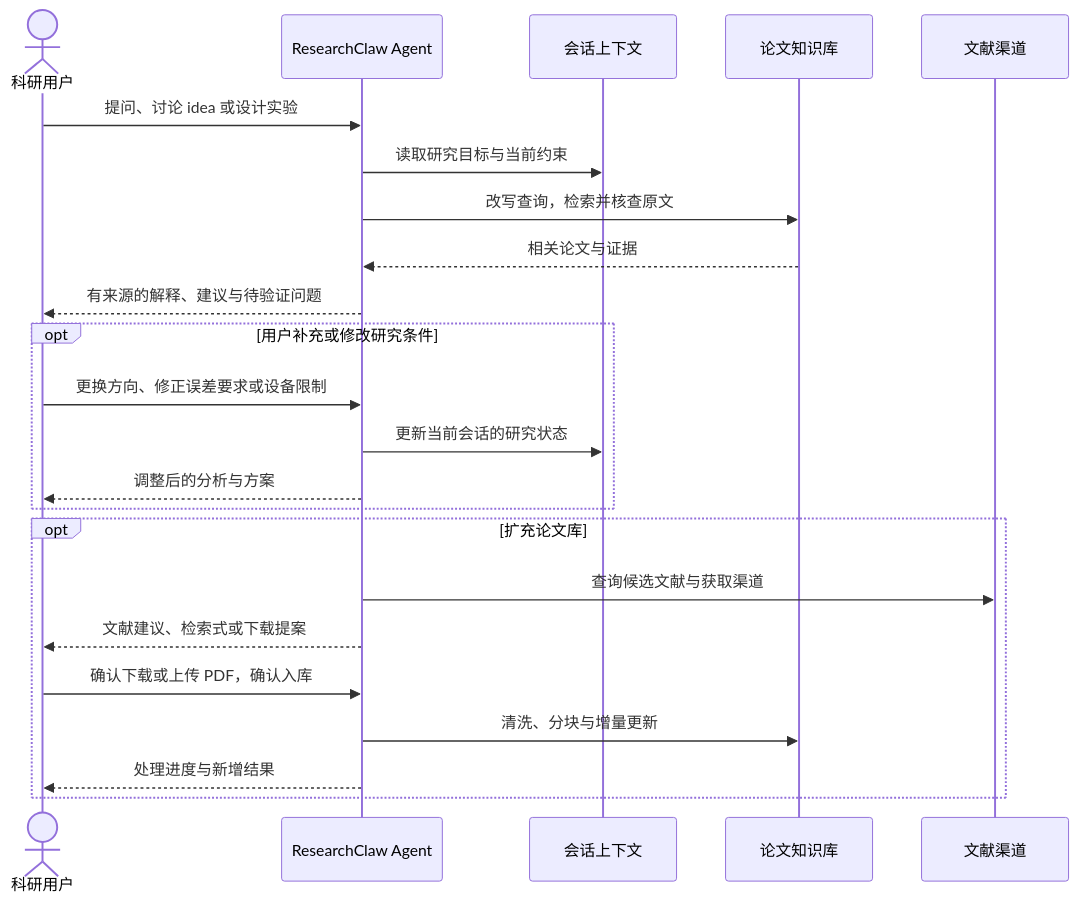
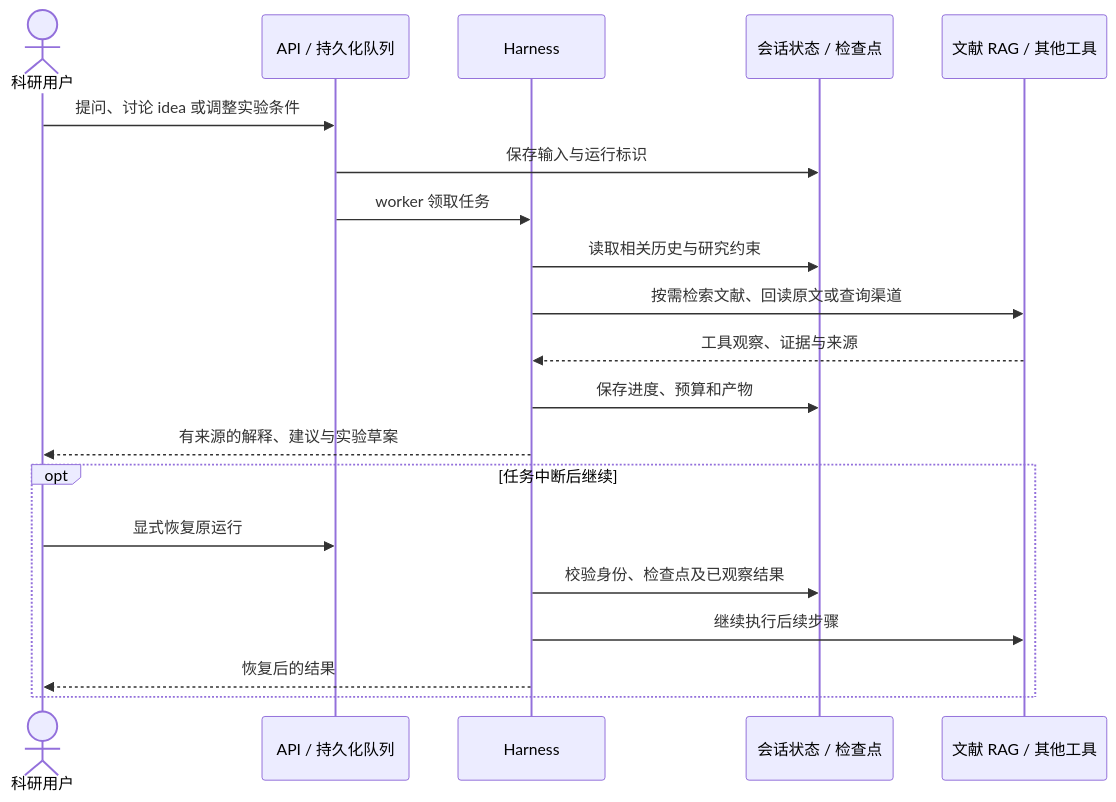
Before and after one commit to eternal-yangtze/research_claw: the second of 2 diagrams in README.md, drawn with Mermaid. The commit also changed other lines of this file and 87 other files, not shown here.

````diff
--- a/README.md
+++ b/README.md
@@ -53,25 +55,22 @@
 ```mermaid
 sequenceDiagram
     actor User as 科研用户
-    participant Agent as ResearchClaw Agent
-    participant Memory as 会话上下文
-    participant KB as 论文知识库
-    participant Source as 文献渠道
-    User->>Agent: 提问、讨论 idea 或设计实验
-    Agent->>Memory: 读取研究目标与当前约束
-    Agent->>KB: 改写查询，检索并核查原文
-    KB-->>Agent: 相关论文与证据
-    Agent-->>User: 有来源的解释、建议与待验证问题
-    opt 用户补充或修改研究条件
-        User->>Agent: 更换方向、修正误差要求或设备限制
-        Agent->>Memory: 更新当前会话的研究状态
-        Agent-->>User: 调整后的分析与方案
-    end
-    opt 扩充论文库
-        Agent->>Source: 查询候选文献与获取渠道
-        Agent-->>User: 文献建议、检索式或下载提案
-        User->>Agent: 确认下载或上传 PDF，确认入库
-        Agent->>KB: 清洗、分块与增量更新
-        Agent-->>User: 处理进度与新增结果
+    participant API as API / 持久化队列
+    participant Agent as Harness
+    participant Memory as 会话状态 / 检查点
+    participant Tools as 文献 RAG / 其他工具
+    User->>API: 提问、讨论 idea 或调整实验条件
+    API->>Memory: 保存输入与运行标识
+    API->>Agent: worker 领取任务
+    Agent->>Memory: 读取相关历史与研究约束
+    Agent->>Tools: 按需检索文献、回读原文或查询渠道
+    Tools-->>Agent: 工具观察、证据与来源
+    Agent->>Memory: 保存进度、预算和产物
+    Agent-->>User: 有来源的解释、建议与实验草案
+    opt 任务中断后继续
+        User->>API: 显式恢复原运行
+        Agent->>Memory: 校验身份、检查点及已观察结果
+        Agent->>Tools: 继续执行后续步骤
+        Agent-->>User: 恢复后的结果
     end
 ```
````
